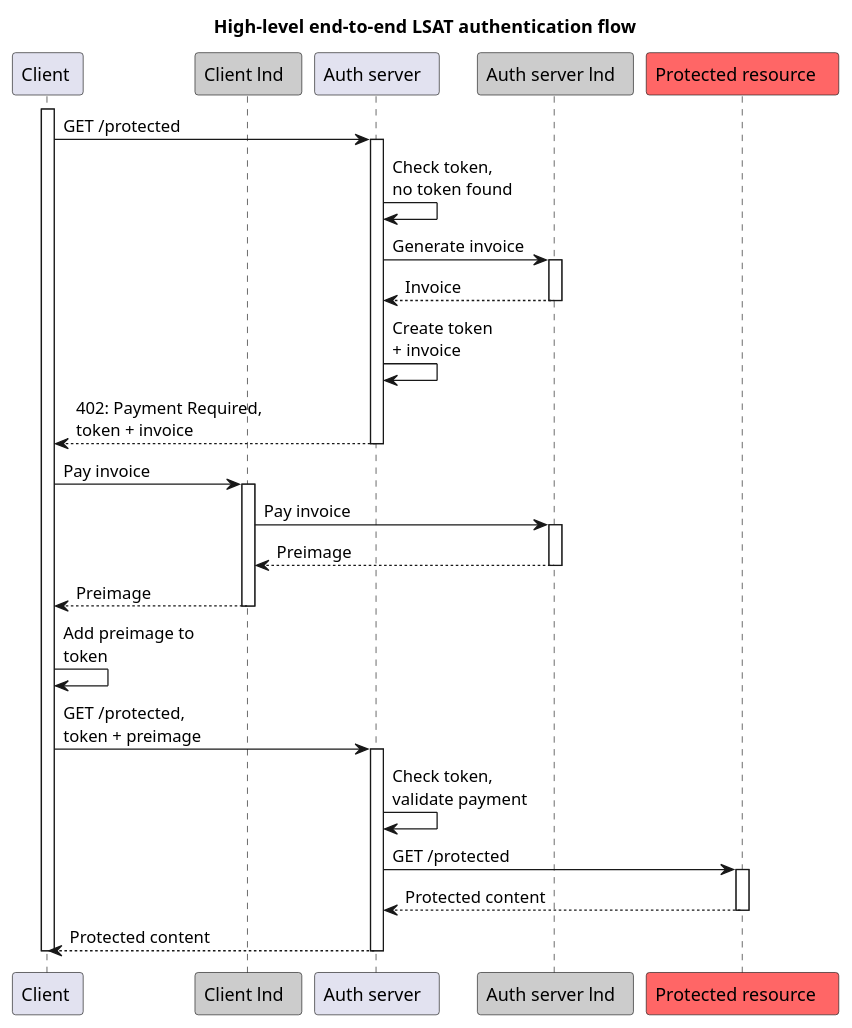
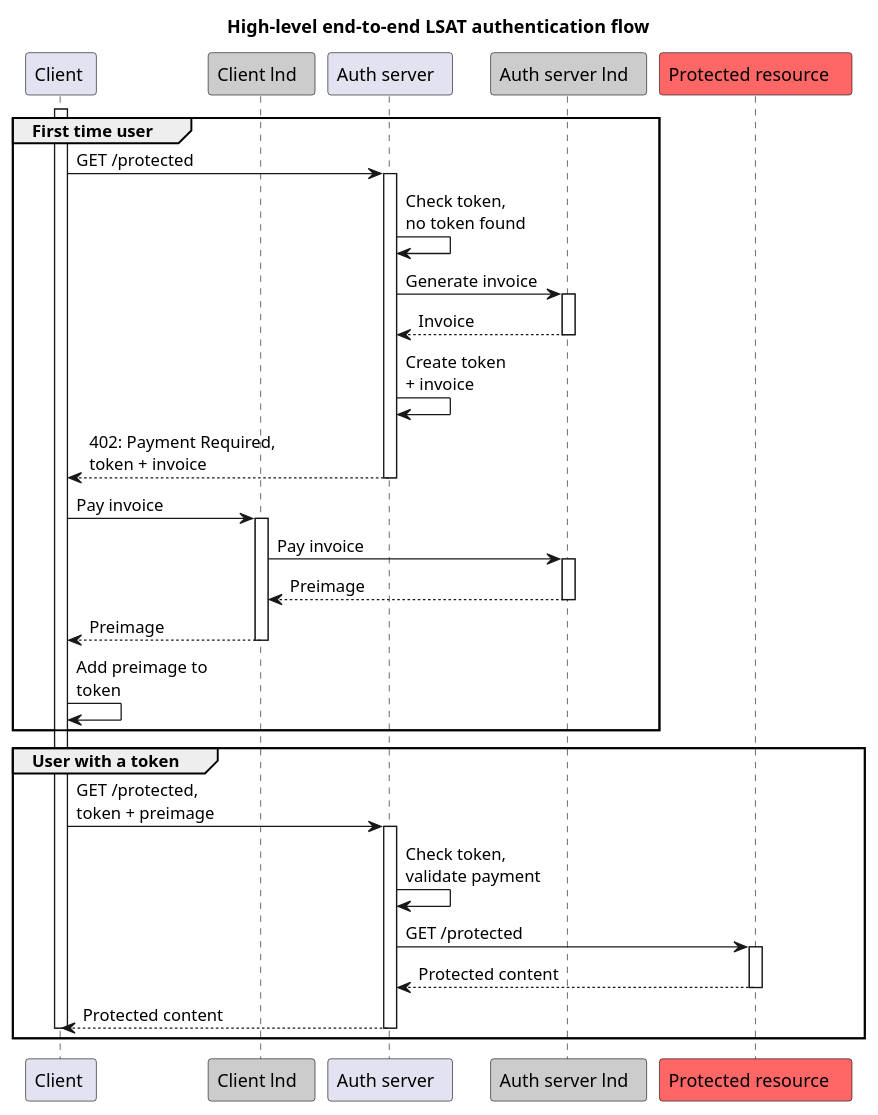
Before and after one commit to lightninglabs/L402: the diagram in plantuml/e2e-flow.plantuml, drawn with PlantUML. The commit also changed 8 other files, not shown here.

Commit message:
Write authentication flow and import protocol specification

```diff
--- a/plantuml/e2e-flow.plantuml
+++ b/plantuml/e2e-flow.plantuml
@@ -4,58 +4,64 @@
 @startuml
 
 title High-level end-to-end LSAT authentication flow
 
 participant "Client " as client
 participant "Client lnd  " as clnd #cccccc
 participant "Auth server  " as auth
 participant "Auth server lnd  " as alnd #cccccc
 participant "Protected resource   " as res #ff6666
 
-activate client
-client -> auth: GET /protected
-activate auth
+group First time user
 
-auth -> auth: Check token,\nno token found
+    activate client
+    client -> auth: GET /protected
+    activate auth
+    
+    auth -> auth: Check token,\nno token found
+    
+    auth -> alnd: Generate invoice
+    activate alnd
+    
+    alnd --> auth: Invoice
+    deactivate alnd
+    
+    auth -> auth: Create token \n+ invoice
+    
+    auth --> client: 402: Payment Required,\ntoken + invoice
+    deactivate auth
+    
+    client -> clnd: Pay invoice
+    activate clnd
+    
+    clnd -> alnd: Pay invoice
+    activate alnd
+    
+    alnd --> clnd: Preimage
+    deactivate alnd
+    
+    clnd --> client: Preimage
+    deactivate clnd
+    
+    client -> client: Add preimage to      \ntoken
+end
 
-auth -> alnd: Generate invoice
-activate alnd
+group User with a token
 
-alnd --> auth: Invoice
-deactivate alnd
-
-auth -> auth: Create token \n+ invoice
-
-auth --> client: 402: Payment Required,\ntoken + invoice
-deactivate auth
-
-client -> clnd: Pay invoice
-activate clnd
-
-clnd -> alnd: Pay invoice
-activate alnd
-
-alnd --> clnd: Preimage
-deactivate alnd
-
-clnd --> client: Preimage
-deactivate clnd
-
-client -> client: Add preimage to      \ntoken
-
-client -> auth: GET /protected,\ntoken + preimage
-activate auth
-
-auth -> auth: Check token,\nvalidate payment
-
-auth -> res: GET /protected
-activate res
-
-res --> auth: Protected content
-deactivate res
-
-auth --> client: Protected content
-deactivate auth
-
-deactivate client
+    client -> auth: GET /protected,\ntoken + preimage
+    activate auth
+    
+    auth -> auth: Check token,\nvalidate payment
+    
+    auth -> res: GET /protected
+    activate res
+    
+    res --> auth: Protected content
+    deactivate res
+    
+    auth --> client: Protected content
+    deactivate auth
+    
+    deactivate client
+end
 
 @enduml
```
